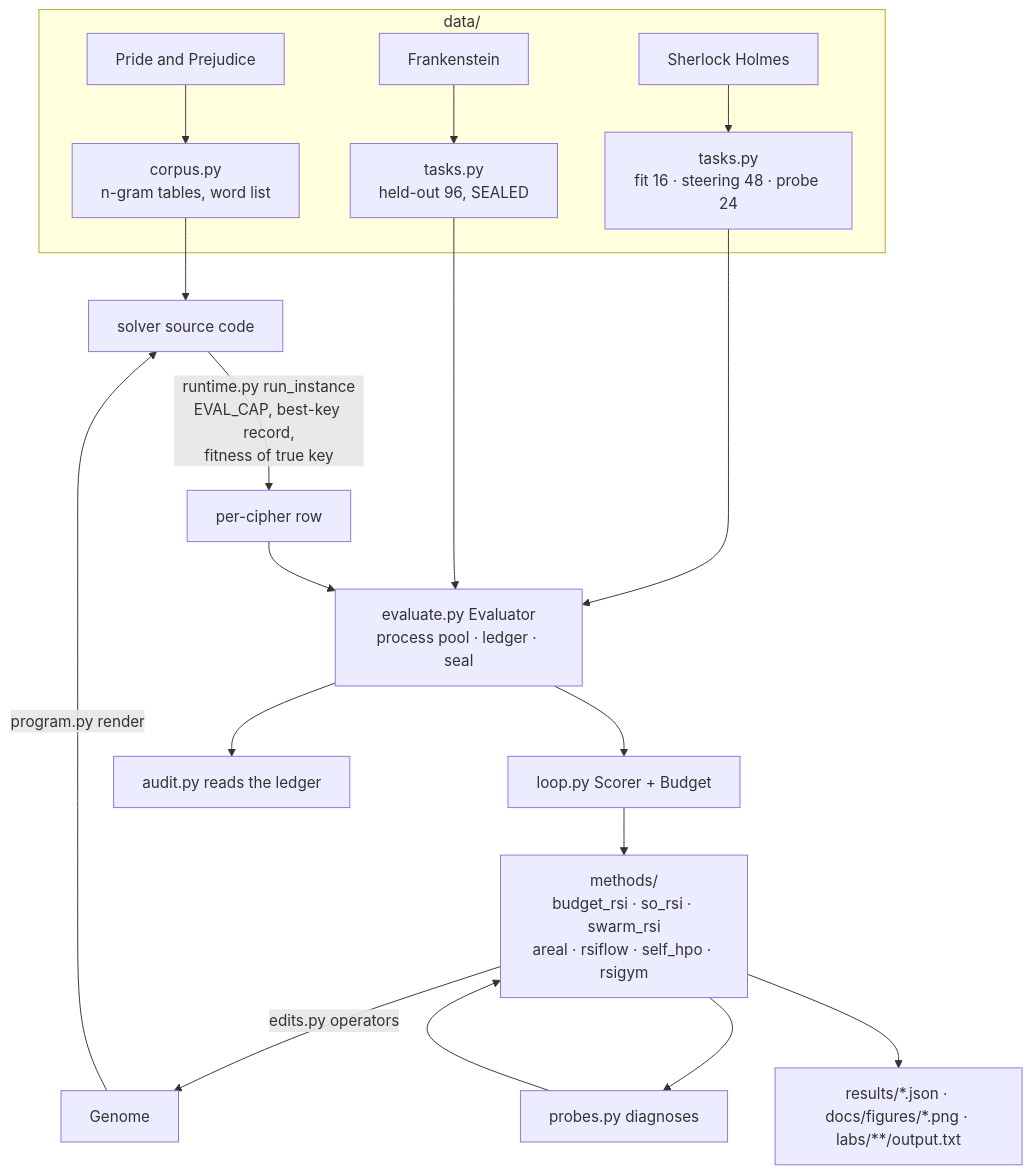
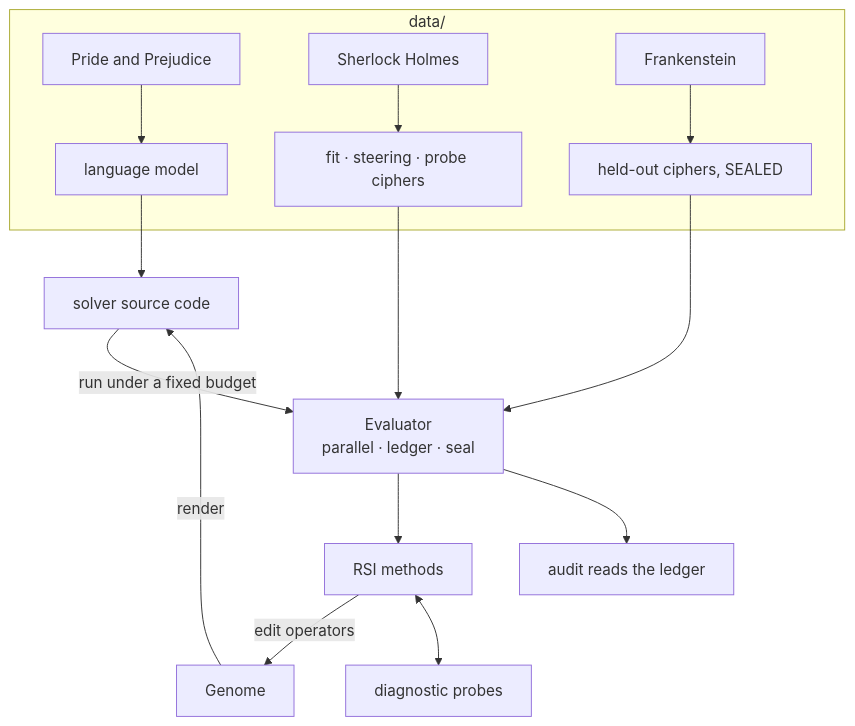
Before and after one commit to nitishsjsucs/rsi-research-studio-assignment-5: the fourth of 4 diagrams in README.md, drawn with Mermaid. The commit also changed other lines of this file, not shown here.

````diff
--- a/README.md
+++ b/README.md
@@ -199,20 +277,16 @@
 ```mermaid
 flowchart TB
     subgraph data[data/]
-      PP[Pride and Prejudice] --> LM[corpus.py<br/>n-gram tables, word list]
-      SH[Sherlock Holmes] --> SP[tasks.py<br/>fit 16 · steering 48 · probe 24]
-      FR[Frankenstein] --> HO[tasks.py<br/>held-out 96, SEALED]
+      PP[Pride and Prejudice] --> LM[language model]
+      SH[Sherlock Holmes] --> SP[fit · steering · probe ciphers]
+      FR[Frankenstein] --> HO[held-out ciphers, SEALED]
     end
-    G[Genome] -->|program.py render| SRC[solver source code]
-    SRC -->|runtime.py run_instance<br/>EVAL_CAP, best-key record,<br/>fitness of true key| ROW[per-cipher row]
+    G[Genome] -->|render| SRC[solver source code]
     LM --> SRC
-    SP & HO --> EV[evaluate.py Evaluator<br/>process pool · ledger · seal]
-    ROW --> EV
-    EV --> SC[loop.py Scorer + Budget]
-    SC --> M[methods/<br/>budget_rsi · so_rsi · swarm_rsi<br/>areal · rsiflow · self_hpo · rsigym]
-    M -->|edits.py operators| G
-    M --> PR[probes.py diagnoses]
-    PR --> M
-    EV --> AU[audit.py reads the ledger]
-    M --> RES[results/*.json · docs/figures/*.png · labs/**/output.txt]
+    SRC -->|run under a fixed budget| EV[Evaluator<br/>parallel · ledger · seal]
+    SP & HO --> EV
+    EV --> M[RSI methods]
+    M -->|edit operators| G
+    M <--> PR[diagnostic probes]
+    EV --> AU[audit reads the ledger]
 ```
````
